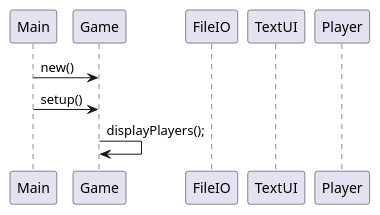
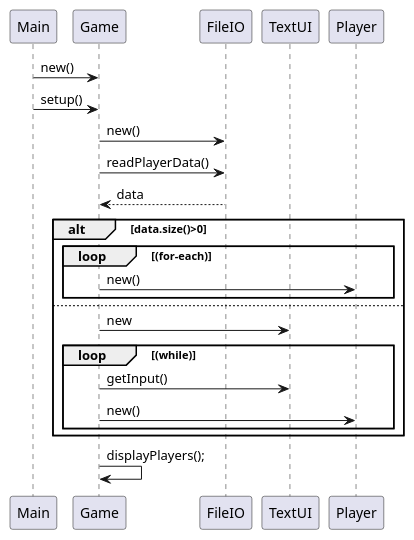
The diagram in Doc/sequence_uc1_v0.puml (afstengaard/Files), drawn with PlantUML before and after one commit. The commit also changed 4 other files, not shown here.

```diff
--- a/Doc/sequence_uc1_v0.puml
+++ b/Doc/sequence_uc1_v0.puml
@@ -1,19 +1,38 @@
 @startuml
 'https://plantuml.com/sequence-diagram
 Participant Main
 Participant Game
 Participant FileIO
 Participant TextUI
 Participant Player
 
-
 Main -> Game: new()
 Main -> Game: setup()
+Game -> FileIO: new()
+Game -> FileIO: readPlayerData()
+FileIO --> Game: data
+
+alt data.size()>0
+loop (for-each)
+Game -> Player: new()
+end
+
+else
+Game -> TextUI: new
+
+loop (while)
+Game -> TextUI: getInput()
+Game -> Player: new()
+end
+
+end
+
 
 '... følg metodekaldene i Game.setup og tegn dem ind som vandrette streger
 ' returnering af værdier fra en metode *kan* vises med en stiplet pil: <--
 ' brug alt-else-end til at vise betingelser
 ' brug loop til at vise gentagelser
 
 Game -> Game : displayPlayers();
+
 @enduml
```
